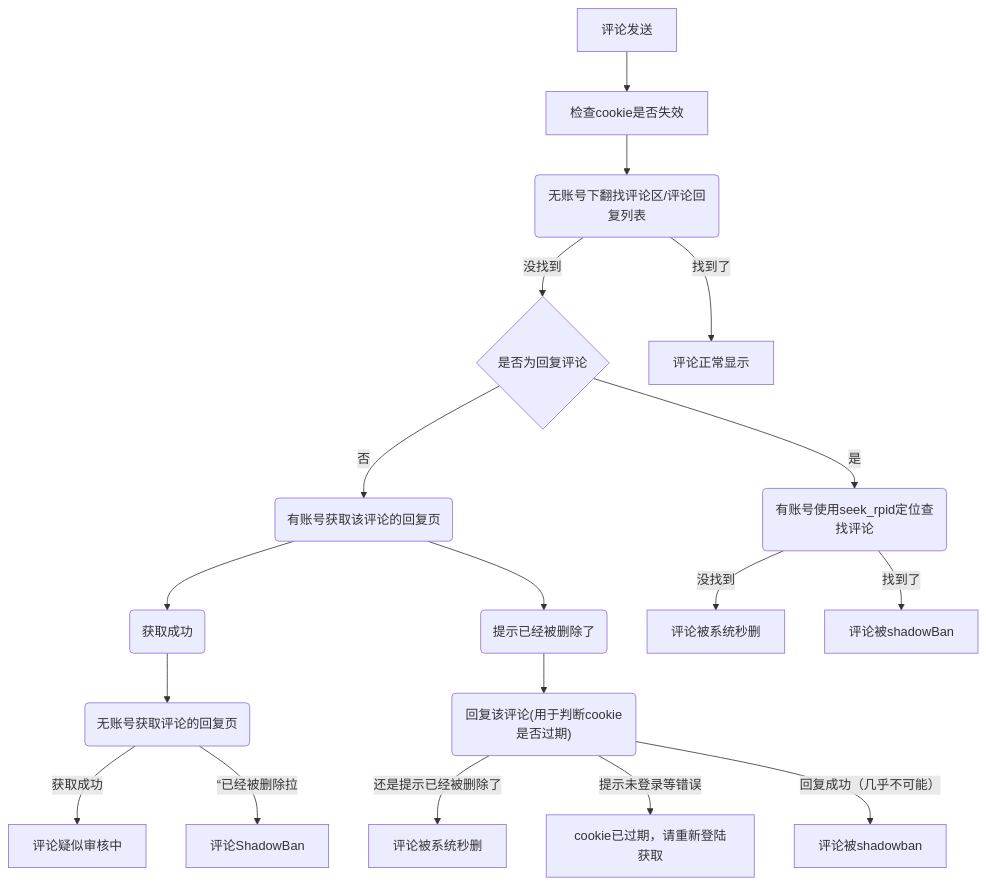
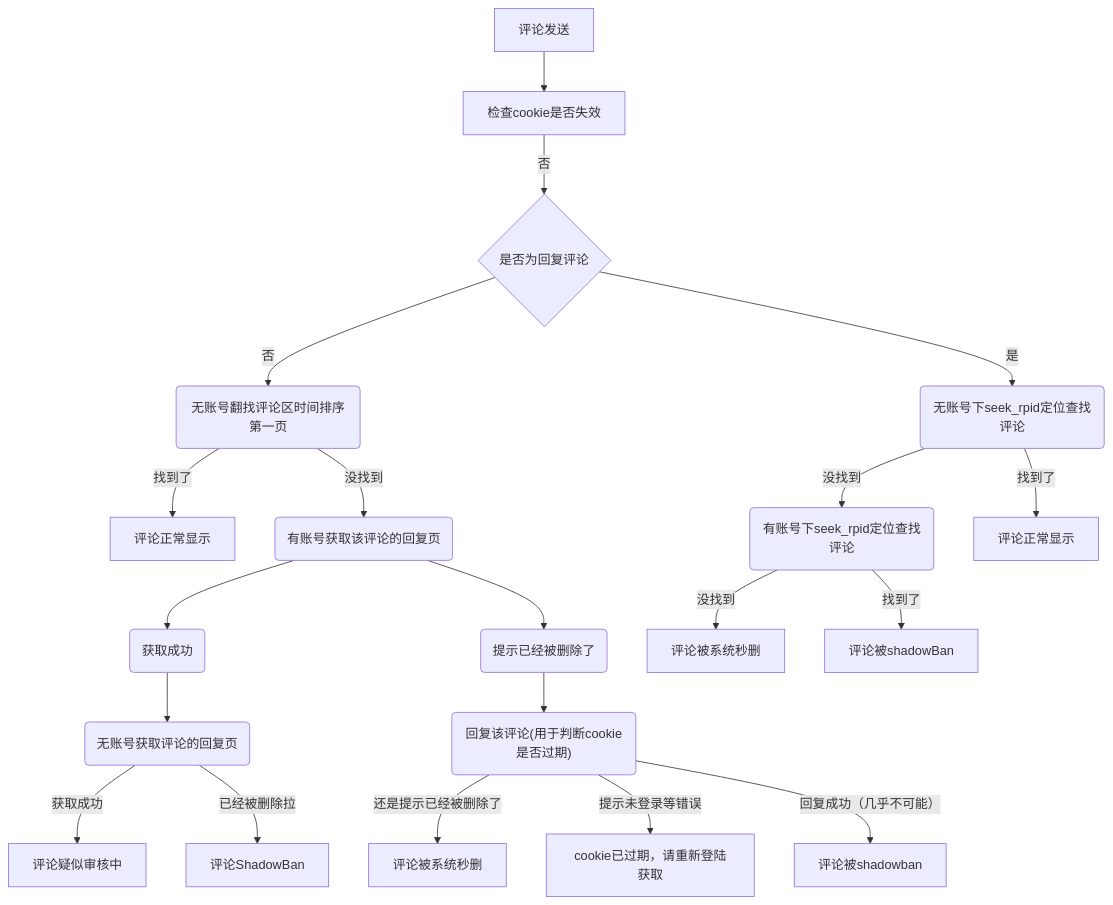
One commit to boli0301/bili.libre.commit changed the second of 5 diagrams in README.md. Above: the diagram before and after it, drawn with Mermaid. The commit also changed other lines of this file and 2 other files, not shown here.

Commit message:
tampermonkey-2.0

````diff
--- a/README.md
+++ b/README.md
@@ -63,16 +63,22 @@
 ```mermaid
 graph TB
-    10[评论发送] --> 15[检查cookie是否失效] --> 20(无账号下翻找评论区/评论回复列表)
-    20 --找到了--> 400[评论正常显示]
-    20 --没找到 --> 
-    22{是否为回复评论} 
-    22 --否--> 60(有账号获取该评论的回复页) --> 70(获取成功) --> 80(无账号获取评论的回复页) 
+    10[评论发送] --> 15[检查cookie是否失效] --否--> 
+    20{是否为回复评论} 
+    
+    20 --是-->
+    30(无账号下seek_rpid定位查找评论)
+    30 --找到了--> 400[评论正常显示]
+    30 --没找到 -->  50(有账号下seek_rpid定位查找评论) --没找到--> 200[评论被系统秒删]
+    50 --找到了--> 210[评论被shadowBan]
+    
+    20 --否--> 
+    40(无账号翻找评论区时间排序第一页)
+    40 --找到了--> 45[评论正常显示]
+    40 --没找到--> 60(有账号获取该评论的回复页) --> 70(获取成功) --> 80(无账号获取评论的回复页) 
     80 --获取成功--> 82[评论疑似审核中]
-    80 --"“已经被删除拉"--> 84[评论ShadowBan]
-    22 --是--> 50(有账号使用seek_rpid定位查找评论) --没找到--> 200[评论被系统秒删]
-    50 --找到了--> 210[评论被shadowBan]
+    80 --"已经被删除拉"--> 84[评论ShadowBan]
     60 --> 90(提示已经被删除了) --> 100("回复该评论(用于判断cookie是否过期)") --还是提示已经被删除了--> 105[评论被系统秒删]
     100 --提示未登录等错误--> 130["cookie已过期，请重新登陆获取"]
     100 --"回复成功（几乎不可能）"--> 150[评论被shadowban] 
     
 ```
````
